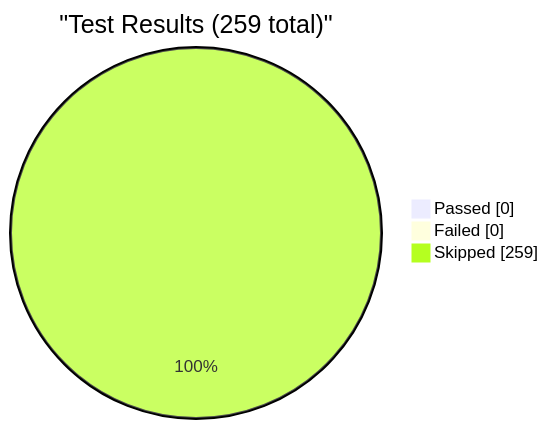
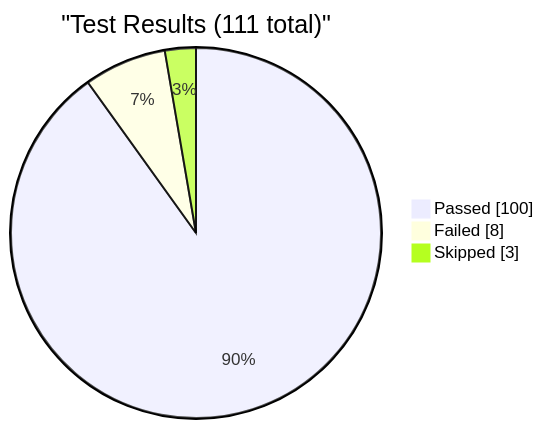
One commit to EliteaAI/onetest-ai-tm-Elitea changed the first of 4 diagrams in reports/dashboard.md. Above: the diagram before and after it, drawn with Mermaid. The commit also changed other lines of this file and 1 other file, not shown here.

Commit message:
dashboard: update test metrics for RUN-ELITEA-2026-08-27-83-DEV-STABLE-ALL-FAILED

````diff
--- a/reports/dashboard.md
+++ b/reports/dashboard.md
@@ -9,7 +9,7 @@
 ```mermaid
 pie showData
-    title "Test Results (259 total)"
-    "Passed" : 0
-    "Failed" : 0
-    "Skipped" : 259
+    title "Test Results (111 total)"
+    "Passed" : 100
+    "Failed" : 8
+    "Skipped" : 3
 ```
````
